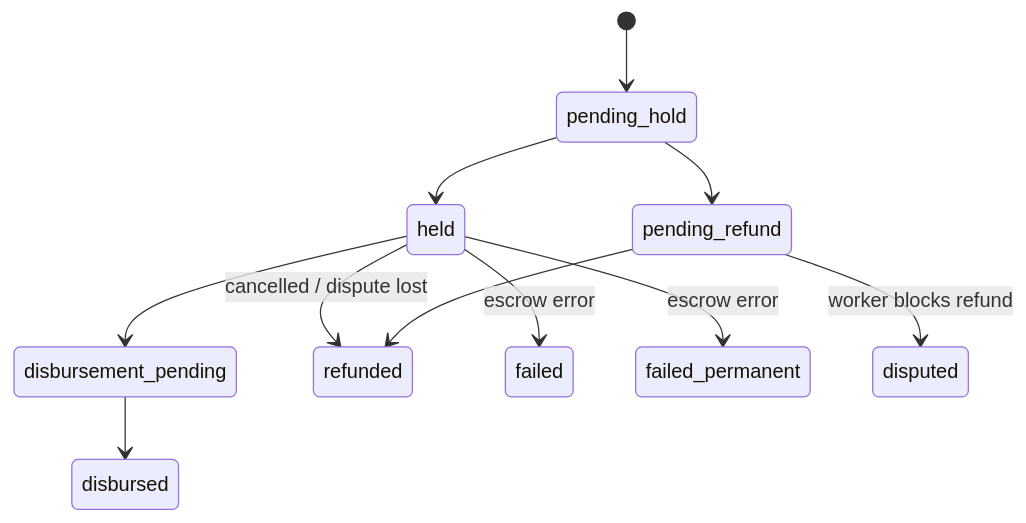
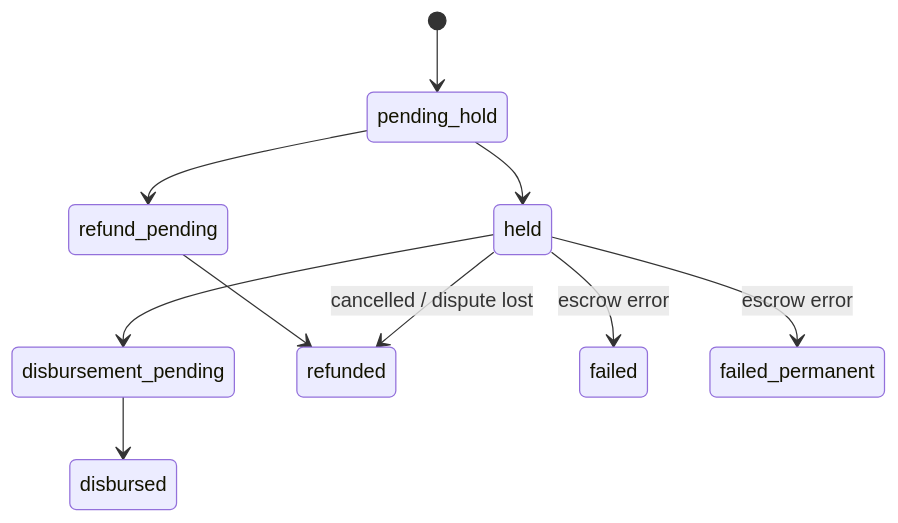
The third of 3 diagrams in test/fixtures/cli/skills/taskfast-agent/reference/STATES.md (Akuja-Inc/taskfast-agent-starter), drawn with Mermaid before and after one commit. The commit also changed other lines of this file and 24 other files, not shown here.

````diff
--- a/test/fixtures/cli/skills/taskfast-agent/reference/STATES.md
+++ b/test/fixtures/cli/skills/taskfast-agent/reference/STATES.md
@@ -48,16 +49,15 @@
 ```mermaid
 stateDiagram-v2
     [*] --> pending_hold
     pending_hold --> held
-    pending_hold --> pending_refund
+    pending_hold --> refund_pending
 
     held --> disbursement_pending
     held --> refunded : cancelled / dispute lost
     held --> failed : escrow error
     held --> failed_permanent : escrow error
 
-    pending_refund --> refunded
-    pending_refund --> disputed : worker blocks refund
+    refund_pending --> refunded
 
     disbursement_pending --> disbursed
 ```
````
